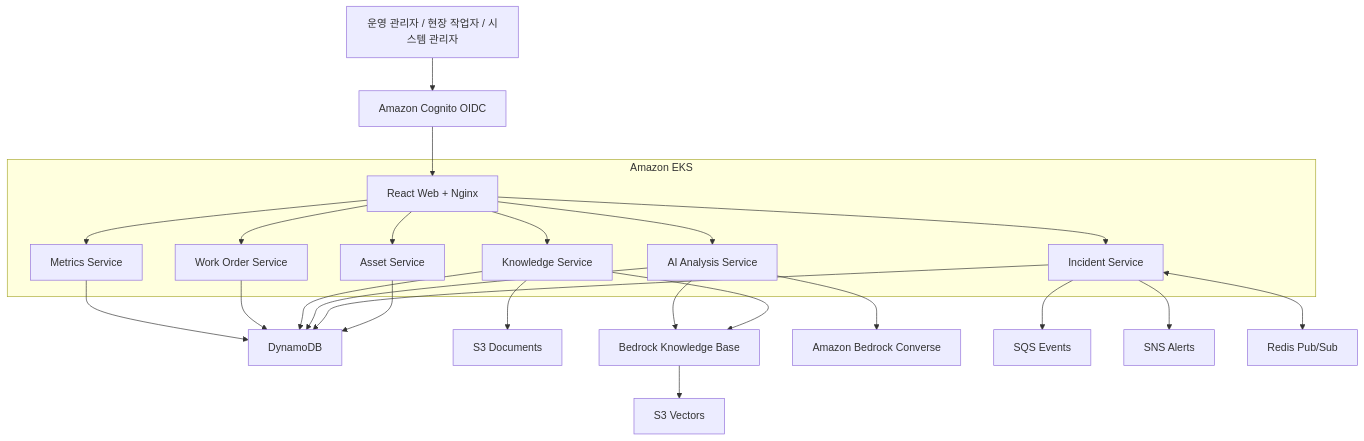
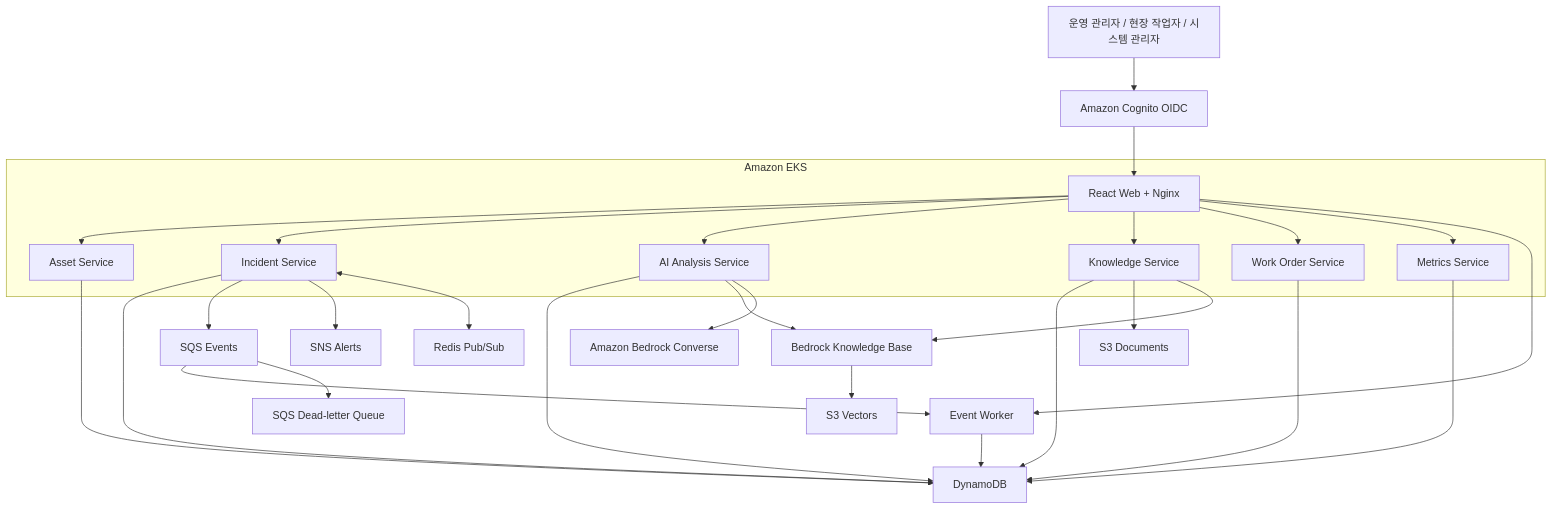
One commit to choiseongjun/AX-sentinel changed the second of 2 diagrams in README.md. Above: the diagram before and after it, drawn with Mermaid. The commit also changed other lines of this file and 16 other files, not shown here.

Commit message:
Add resilient SQS event worker

````diff
--- a/README.md
+++ b/README.md
@@ -61,43 +62,47 @@
 ```mermaid
 flowchart TB
     User["운영 관리자 / 현장 작업자 / 시스템 관리자"]
     Cognito["Amazon Cognito OIDC"]
     Web["React Web + Nginx"]
 
     User --> Cognito
     Cognito --> Web
 
     Web --> Asset["Asset Service"]
     Web --> Incident["Incident Service"]
     Web --> AI["AI Analysis Service"]
     Web --> Knowledge["Knowledge Service"]
     Web --> Work["Work Order Service"]
     Web --> Metrics["Metrics Service"]
+    Web --> EventWorker["Event Worker"]
 
     Asset --> DDB["DynamoDB"]
     Incident --> DDB
     AI --> DDB
     Knowledge --> DDB
     Work --> DDB
     Metrics --> DDB
+    EventWorker --> DDB
 
     Knowledge --> S3["S3 Documents"]
     Knowledge --> KB["Bedrock Knowledge Base"]
     KB --> Vector["S3 Vectors"]
     AI --> KB
     AI --> Bedrock["Amazon Bedrock Converse"]
 
     Incident --> SQS["SQS Events"]
+    SQS --> EventWorker
+    SQS --> DLQ["SQS Dead-letter Queue"]
     Incident --> SNS["SNS Alerts"]
     Incident <--> Redis["Redis Pub/Sub"]
 
     subgraph EKS["Amazon EKS"]
         Web
         Asset
         Incident
         AI
         Knowledge
         Work
         Metrics
     end
 ```
````
